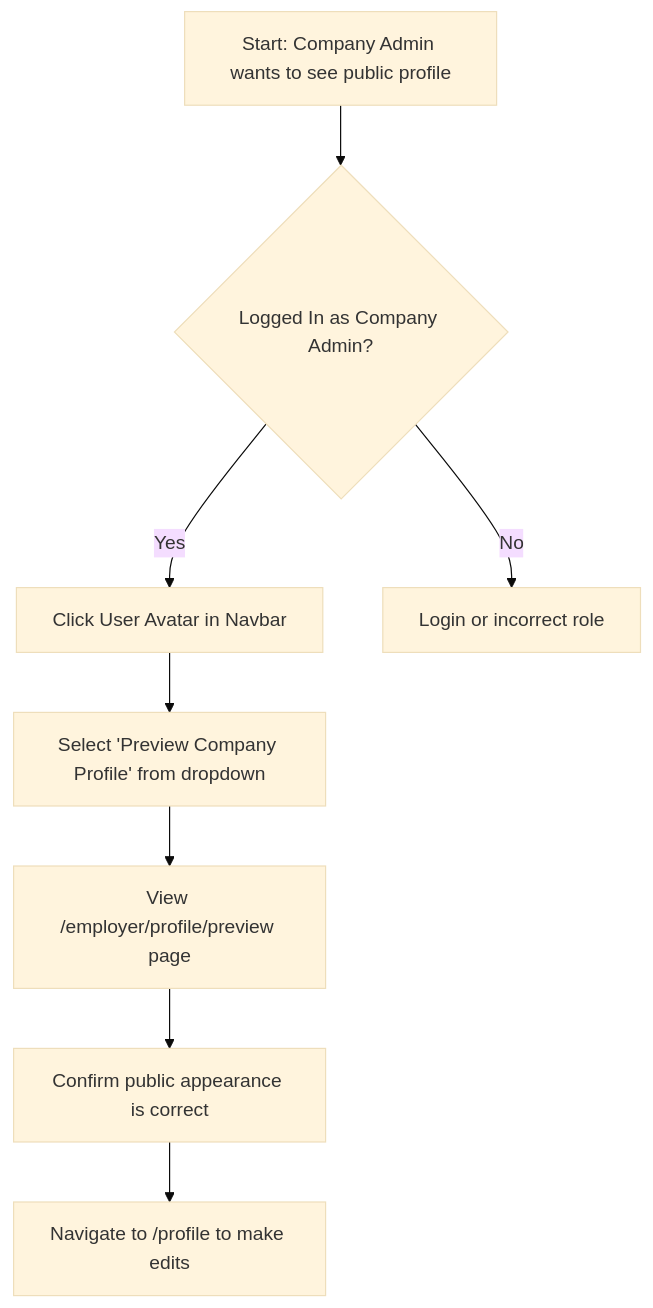
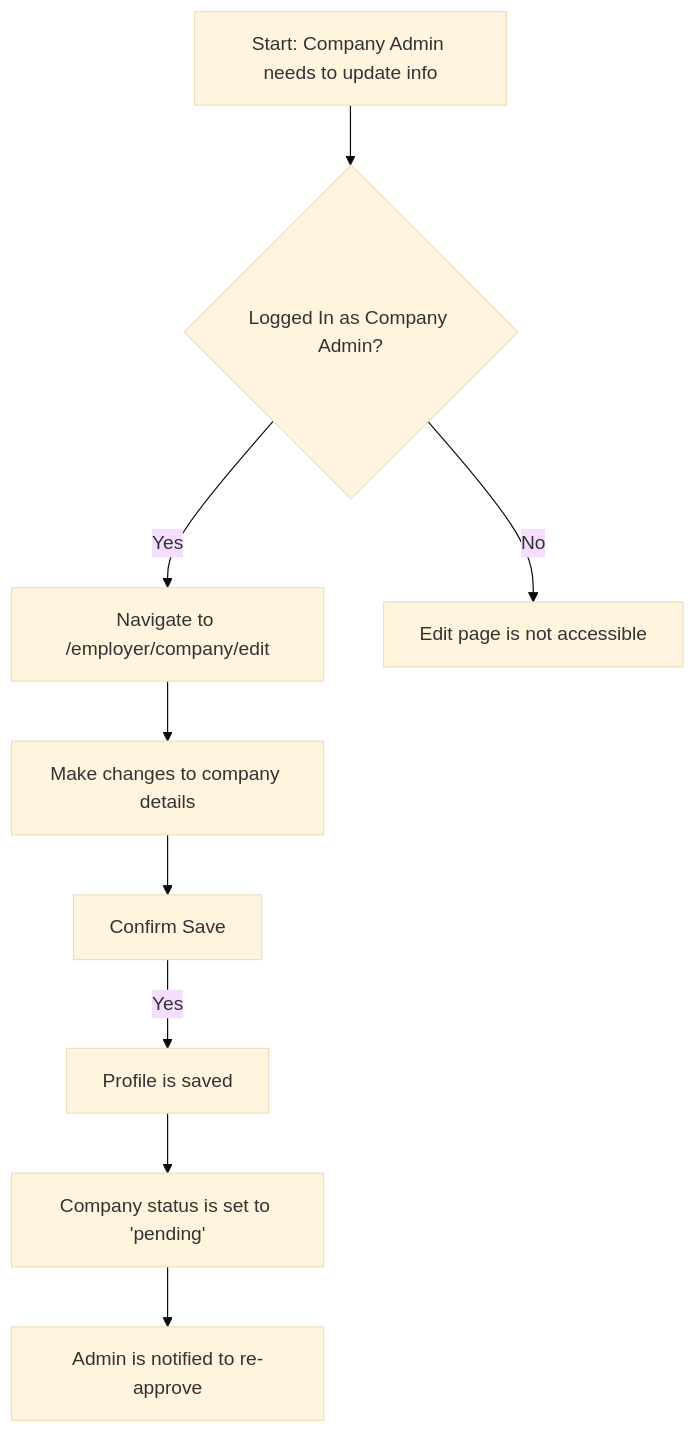
The second of 2 diagrams in docs/guides/02-employer-guide.md (KishoreKammela/JobBoardly), drawn with Mermaid (base theme) before and after one commit. The commit also changed other lines of this file and 8 other files, not shown here.

````diff
--- a/docs/guides/02-employer-guide.md
+++ b/docs/guides/02-employer-guide.md
@@ -156,10 +104,11 @@
 ```mermaid
 graph TD
-    A[Start: Company Admin wants to see public profile] --> B{Logged In as Company Admin?}
-    B -->|Yes| C[Click User Avatar in Navbar]
-    C --> D[Select 'Preview Company Profile' from dropdown]
-    D --> E[View /employer/profile/preview page]
-    E --> F[Confirm public appearance is correct]
-    F --> G[Navigate to /profile to make edits]
-    B -->|No| H[Login or incorrect role]
+    A[Start: Company Admin needs to update info] --> B{Logged In as Company Admin?}
+    B -->|Yes| C[Navigate to /employer/company/edit]
+    C --> D[Make changes to company details]
+    D --> E_confirm[Confirm Save]
+    E_confirm --> |Yes| E[Profile is saved]
+    E --> F[Company status is set to 'pending']
+    F --> G[Admin is notified to re-approve]
+    B -->|No| H[Edit page is not accessible]
 ```
````
